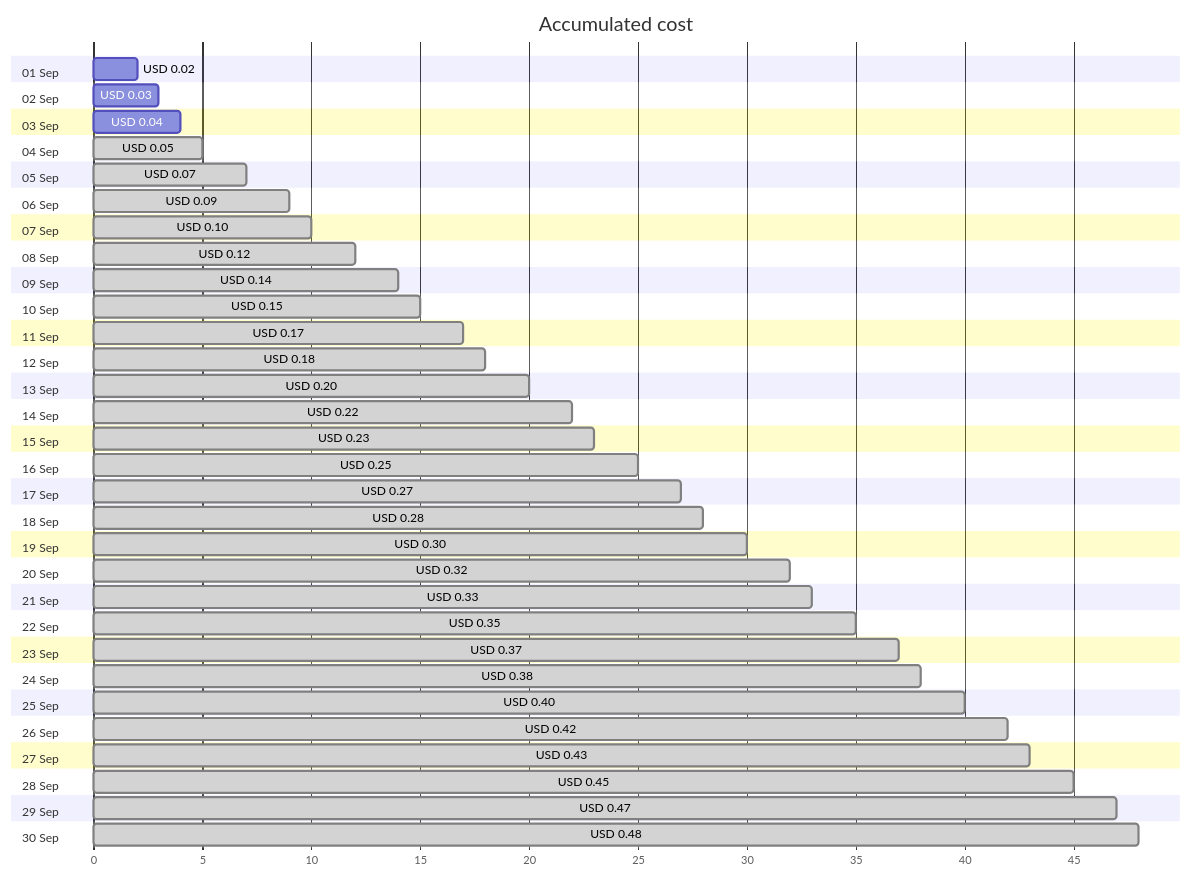
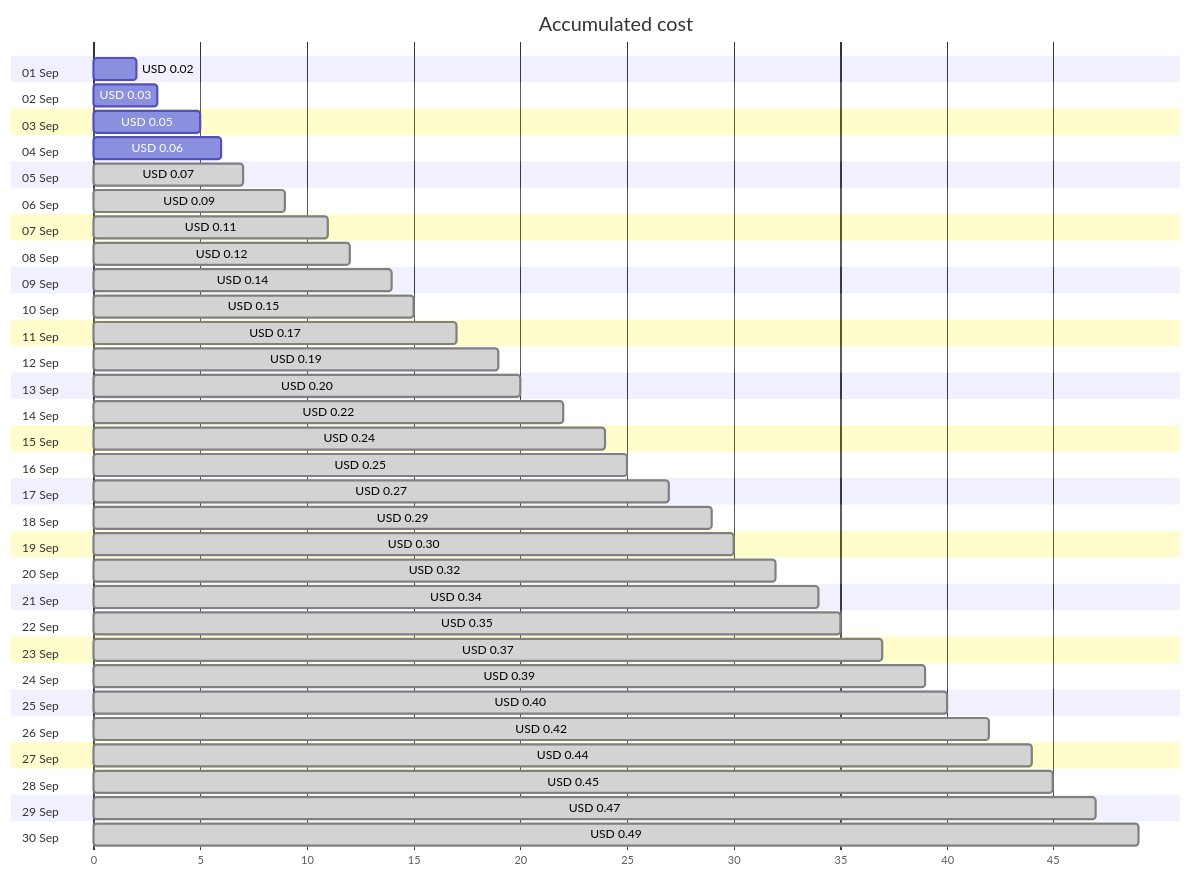
Before and after one commit to jpfulton/azure-personal-reports: the first of 4 diagrams in cost-reports/personal-dns/jpatrickfulton.dev.md, drawn with Mermaid. The commit also changed other lines of this file and 2 other files, not shown here.

````diff
--- a/cost-reports/personal-dns/jpatrickfulton.dev.md
+++ b/cost-reports/personal-dns/jpatrickfulton.dev.md
@@ -20,66 +20,66 @@
 ```mermaid
 gantt
    title Accumulated cost
    dateFormat  X
    axisFormat %s
    section 01 Sep
    USD 0.02 :0, 2
    section 02 Sep
    USD 0.03 :0, 3
    section 03 Sep
-   USD 0.04 :0, 4
+   USD 0.05 :0, 5
    section 04 Sep
-   USD 0.05 : done, 0, 5
+   USD 0.06 :0, 6
    section 05 Sep
    USD 0.07 : done, 0, 7
    section 06 Sep
    USD 0.09 : done, 0, 9
    section 07 Sep
-   USD 0.10 : done, 0, 10
+   USD 0.11 : done, 0, 11
    section 08 Sep
    USD 0.12 : done, 0, 12
    section 09 Sep
    USD 0.14 : done, 0, 14
    section 10 Sep
    USD 0.15 : done, 0, 15
    section 11 Sep
    USD 0.17 : done, 0, 17
    section 12 Sep
-   USD 0.18 : done, 0, 18
+   USD 0.19 : done, 0, 19
    section 13 Sep
    USD 0.20 : done, 0, 20
    section 14 Sep
    USD 0.22 : done, 0, 22
    section 15 Sep
-   USD 0.23 : done, 0, 23
+   USD 0.24 : done, 0, 24
    section 16 Sep
    USD 0.25 : done, 0, 25
    section 17 Sep
    USD 0.27 : done, 0, 27
    section 18 Sep
-   USD 0.28 : done, 0, 28
+   USD 0.29 : done, 0, 29
    section 19 Sep
    USD 0.30 : done, 0, 30
    section 20 Sep
    USD 0.32 : done, 0, 32
    section 21 Sep
-   USD 0.33 : done, 0, 33
+   USD 0.34 : done, 0, 34
    section 22 Sep
    USD 0.35 : done, 0, 35
    section 23 Sep
    USD 0.37 : done, 0, 37
    section 24 Sep
-   USD 0.38 : done, 0, 38
+   USD 0.39 : done, 0, 39
    section 25 Sep
    USD 0.40 : done, 0, 40
    section 26 Sep
    USD 0.42 : done, 0, 42
    section 27 Sep
-   USD 0.43 : done, 0, 43
+   USD 0.44 : done, 0, 44
    section 28 Sep
    USD 0.45 : done, 0, 45
    section 29 Sep
    USD 0.47 : done, 0, 47
    section 30 Sep
-   USD 0.48 : done, 0, 48
+   USD 0.49 : done, 0, 49
 ```
````
